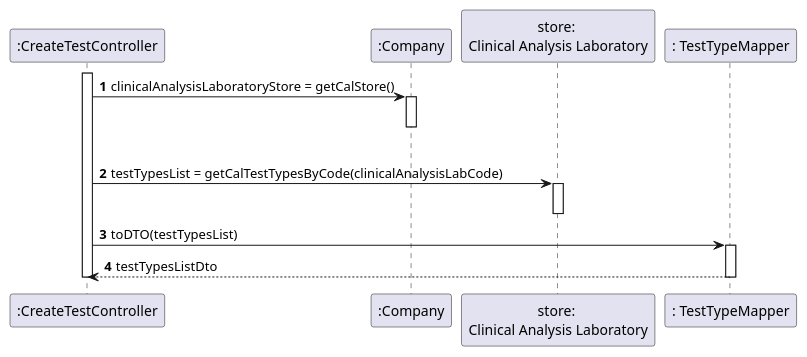
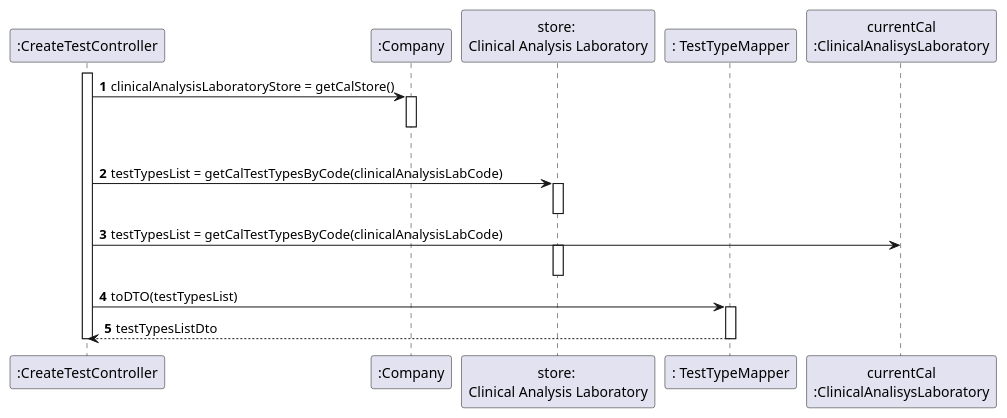
One commit to ana-albergaria/LAPR2-ISEP changed the diagram in docs/SprintC/US_4/SD_getTestTypes(calCode).puml. Above: the diagram before and after it, drawn with PlantUML. The commit also changed 10 other files, not shown here.

```diff
--- a/docs/SprintC/US_4/SD_getTestTypes(calCode).puml
+++ b/docs/SprintC/US_4/SD_getTestTypes(calCode).puml
@@ -1,28 +1,33 @@
 @startuml
 'https://plantuml.com/sequence-diagram
 autonumber
 
 participant ":CreateTestController" as CTRL
 participant ":Company" as PLAT
 participant "store: \nClinical Analysis Laboratory" as CALSTORE
 participant ": TestTypeMapper" as TT_MAPPER
+participant "currentCal\n:ClinicalAnalisysLaboratory" as CAL
 
 activate CTRL
 CTRL -> PLAT : clinicalAnalysisLaboratoryStore = getCalStore()
 activate PLAT
 |||
 deactivate PLAT
 
 
 CTRL -> CALSTORE : testTypesList = getCalTestTypesByCode(clinicalAnalysisLabCode)
 activate CALSTORE
 deactivate CALSTORE
 
+CTRL -> CAL : testTypesList = getCalTestTypesByCode(clinicalAnalysisLabCode)
+activate CALSTORE
+deactivate CALSTORE
+
 CTRL -> TT_MAPPER : toDTO(testTypesList)
 activate TT_MAPPER
 
 CTRL<-- TT_MAPPER : testTypesListDto
 deactivate TT_MAPPER
 deactivate CTRL
 
 @enduml
```
